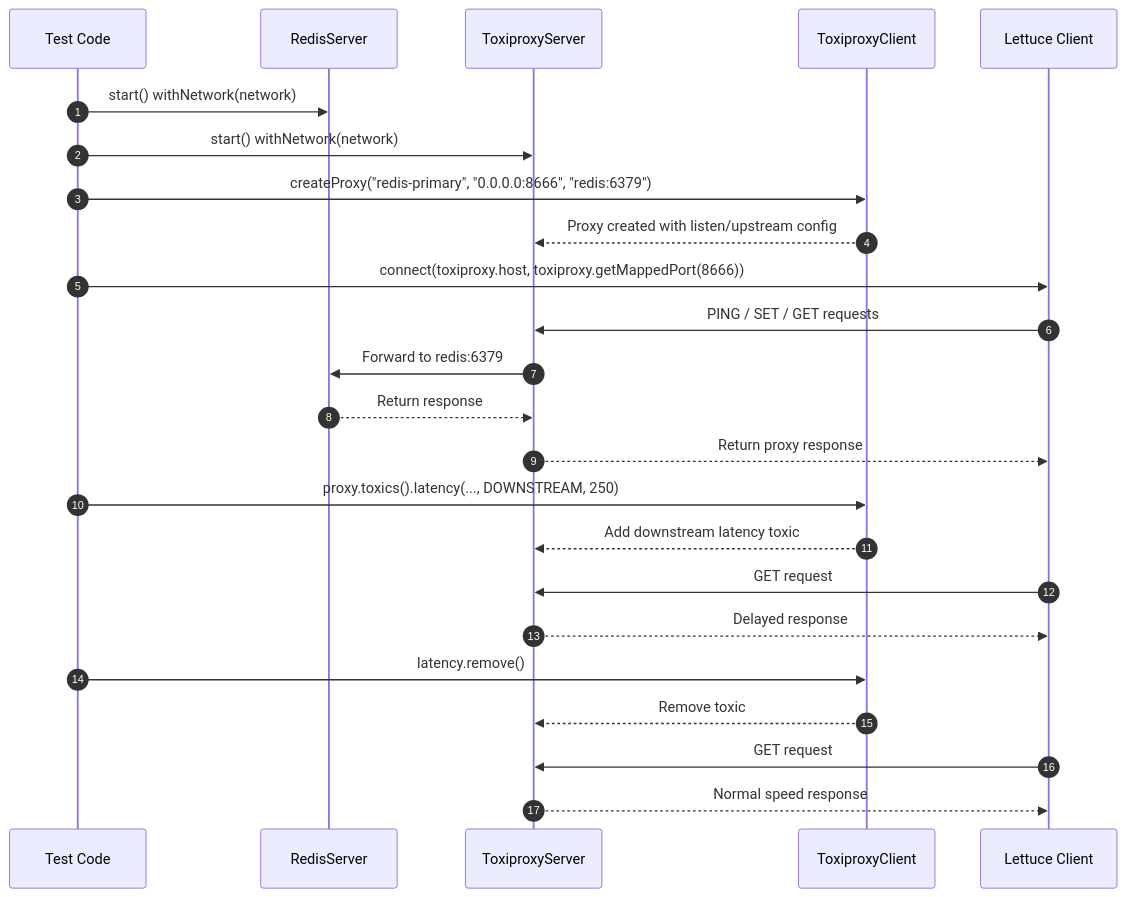
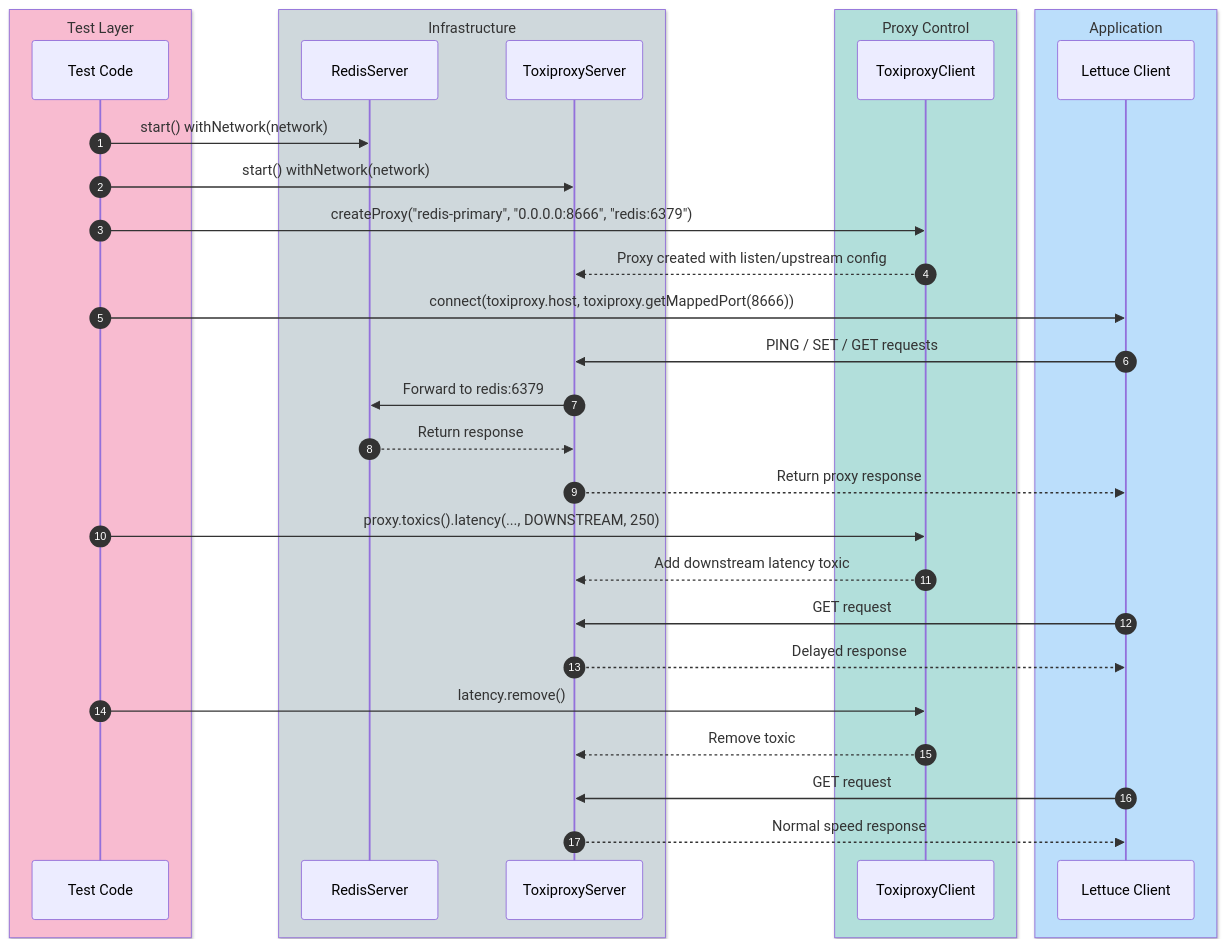
One commit to bluetape4k/bluetape4k-projects changed the fourth of 4 diagrams in testing/testcontainers/README.md. Above: the diagram before and after it, drawn with Mermaid. The commit also changed other lines of this file and 221 other files, not shown here.

First line of the commit message:
docs: 전체 모듈 README UML 다이어그램 보강 및 색상 업그레이드

````diff
--- a/testing/testcontainers/README.md
+++ b/testing/testcontainers/README.md
@@ -284,30 +321,38 @@
 ```mermaid
 sequenceDiagram
     autonumber
-    participant TEST as Test Code
-    participant REDIS as RedisServer
-    participant TOXI as ToxiproxyServer
-    participant API as ToxiproxyClient
-    participant LETTUCE as Lettuce Client
+    box rgb(248,187,208) Test Layer
+        participant TEST as Test Code
+    end
+    box rgb(207,216,220) Infrastructure
+        participant REDIS as RedisServer
+        participant TOXI as ToxiproxyServer
+    end
+    box rgb(178,223,219) Proxy Control
+        participant API as ToxiproxyClient
+    end
+    box rgb(187,222,251) Application
+        participant LETTUCE as Lettuce Client
+    end
 
     TEST->>REDIS: start() withNetwork(network)
     TEST->>TOXI: start() withNetwork(network)
     TEST->>API: createProxy("redis-primary", "0.0.0.0:8666", "redis:6379")
     API-->>TOXI: Proxy created with listen/upstream config
 
     TEST->>LETTUCE: connect(toxiproxy.host, toxiproxy.getMappedPort(8666))
     LETTUCE->>TOXI: PING / SET / GET requests
     TOXI->>REDIS: Forward to redis:6379
     REDIS-->>TOXI: Return response
     TOXI-->>LETTUCE: Return proxy response
 
     TEST->>API: proxy.toxics().latency(..., DOWNSTREAM, 250)
     API-->>TOXI: Add downstream latency toxic
     LETTUCE->>TOXI: GET request
     TOXI-->>LETTUCE: Delayed response
 
     TEST->>API: latency.remove()
     API-->>TOXI: Remove toxic
     LETTUCE->>TOXI: GET request
     TOXI-->>LETTUCE: Normal speed response
 ```
````
